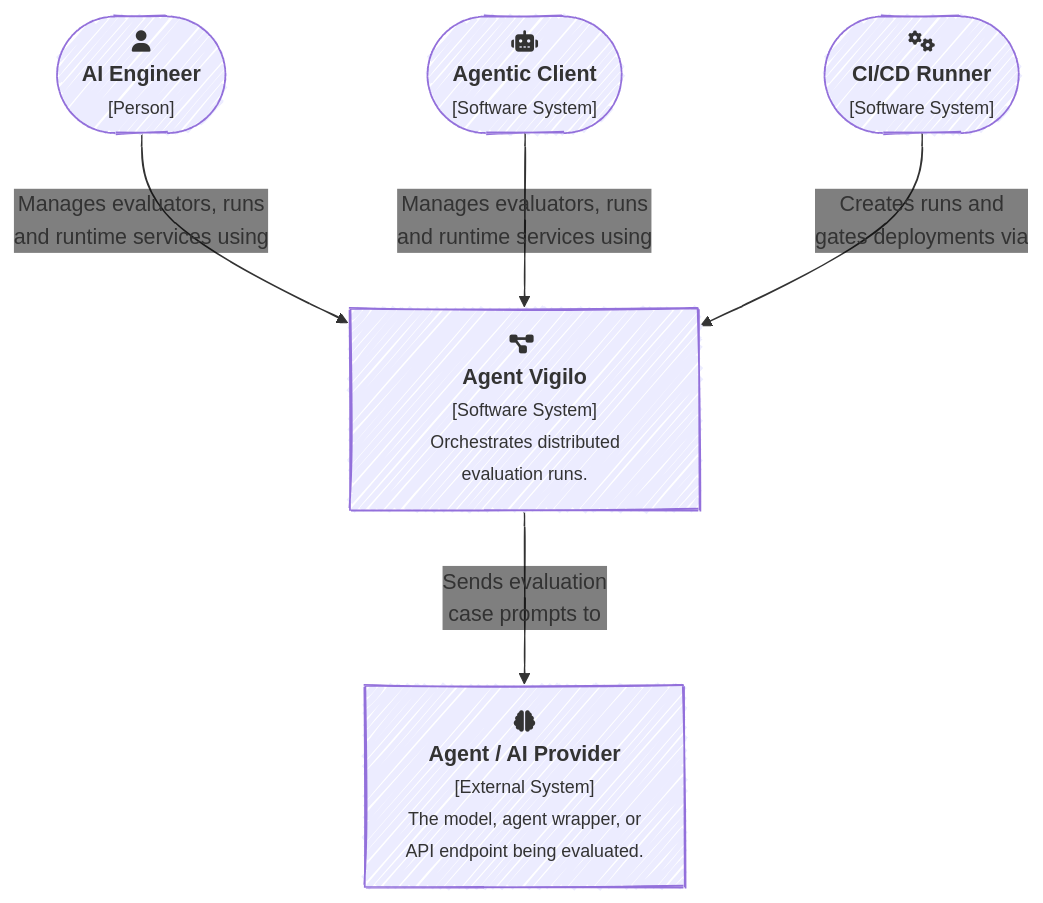
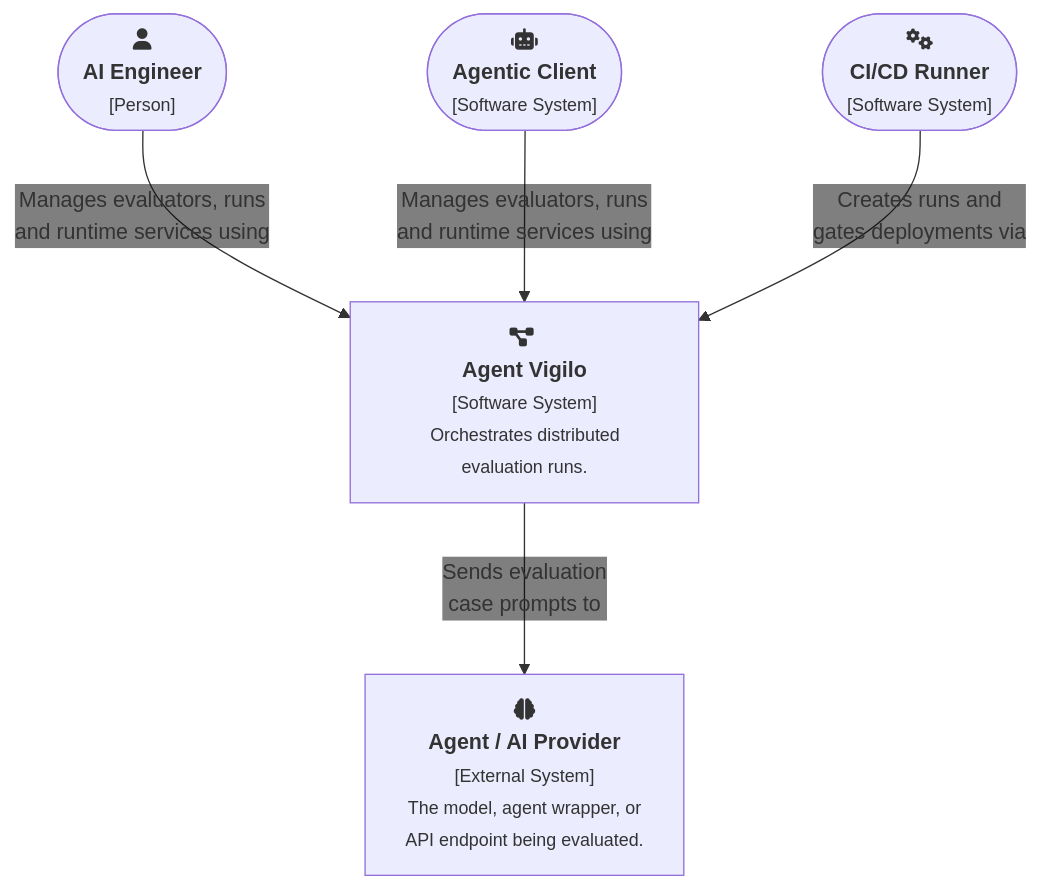
The diagram in web/docs/architecture/structure/context/diagram.mmd (gregl83/agent-vigilo), drawn with Mermaid before and after one commit. The commit also changed 2 other files, not shown here.

Commit message:
update mermaid diagram look to classic

```diff
--- a/web/docs/architecture/structure/context/diagram.mmd
+++ b/web/docs/architecture/structure/context/diagram.mmd
@@ -1,28 +1,27 @@
 ---
 config:
-  look: handDrawn
   flowchart:
     nodeSpacing: 150
     rankSpacing: 80
   themeVariables:
     edgeLabelBackground: 'transparent'
 ---
 flowchart TD
     %% actors
     User(["fa:fa-user <br/> <b>AI Engineer</b> <br/> <small>[Person]</small>"]):::person
     AgentClient(["fa:fa-robot <br/> <b>Agentic Client</b> <br/> <small>[Software System]</small>"]):::actor
     CICD(["fa:fa-gears <br/> <b>CI/CD Runner</b> <br/> <small>[Software System]</small>"]):::actor
 
     %% main system
     AgentVigilo["fa:fa-diagram-project <br/> <b>Agent Vigilo</b> <br/> <small>[Software System]</small> <br/> <small>Orchestrates distributed evaluation runs.</small>"]:::system
 
     %% external target
     TargetAgent["fa:fa-brain <br/> <b>Agent / AI Provider</b> <br/> <small>[External System]</small> <br/> <small>The model, agent wrapper, or <br/> API endpoint being evaluated.</small>"]:::external
 
     %% edges
     User & AgentClient -->|"Manages evaluators, runs <br/> and runtime services using"| AgentVigilo
     CICD -->|Creates runs and <br/> gates deployments via| AgentVigilo
     AgentVigilo -->|Sends evaluation <br/> case prompts to| TargetAgent
 
     %% links
-    click AgentVigilo "/docs/architecture/structure/containers/agent-vigilo/" "Agent Vigilo Containers"
+    click AgentVigilo "/docs/architecture/structure/containers/agent-vigilo/"
```
